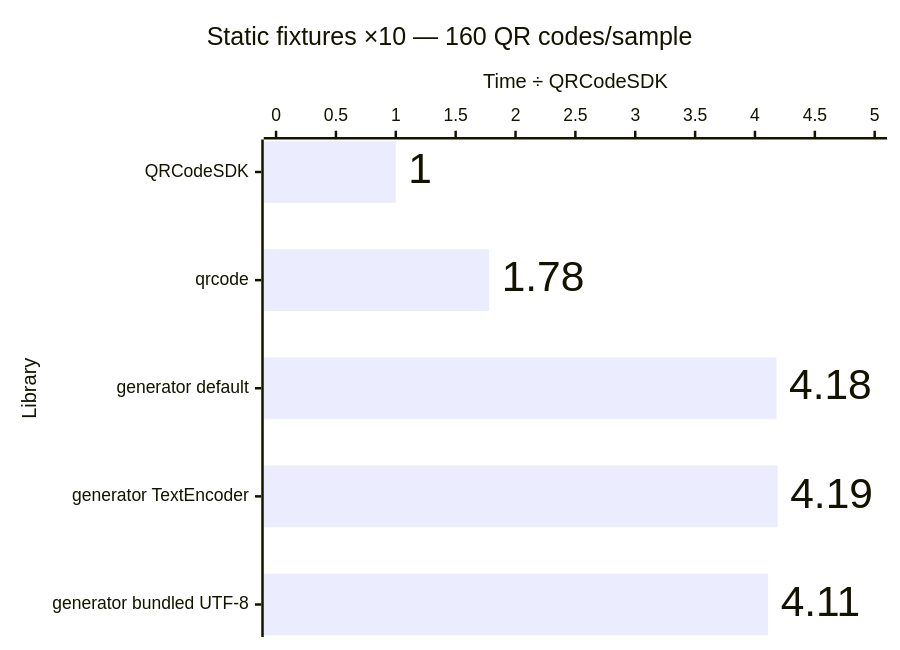
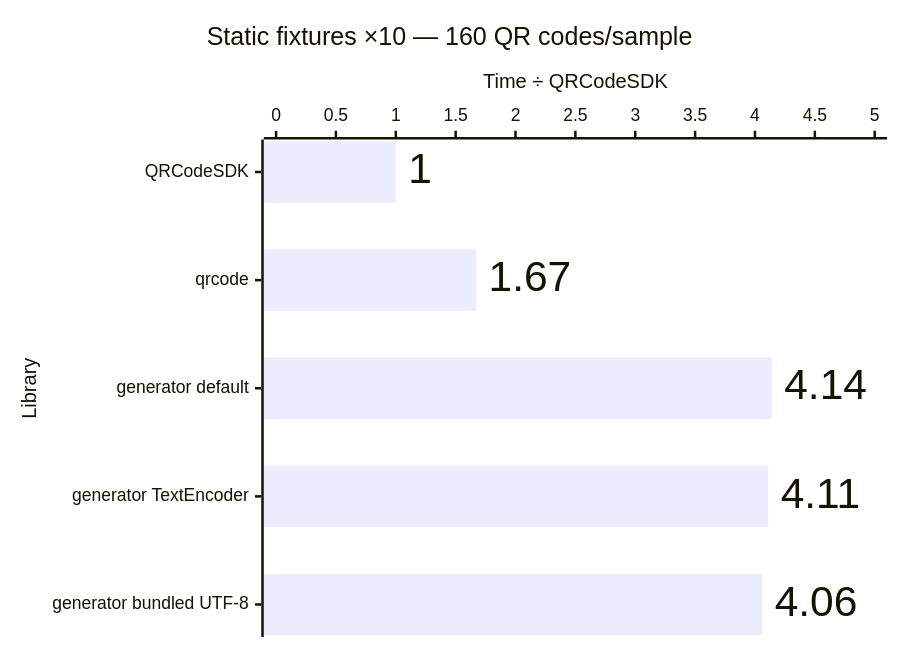
Before and after one commit to Dafnik/qrcodesdk: the third of 12 diagrams in apps/docs/src/content/docs/advanced/performance.md, drawn with Mermaid. The commit also changed other lines of this file and 12 other files, not shown here.

````diff
--- a/apps/docs/src/content/docs/advanced/performance.md
+++ b/apps/docs/src/content/docs/advanced/performance.md
@@ -57,15 +57,15 @@
 ```mermaid
 ---
 config:
   xyChart:
     showDataLabel: true
     showDataLabelOutsideBar: true
 ---
 xychart horizontal
   accTitle: Matrix generation: Static fixtures ×10 — 160 QR codes/sample
-  accDescr: Relative median time compared with QRCodeSDK. QRCodeSDK 1.00 times, qrcode 1.78 times, generator default 4.18 times, generator TextEncoder 4.19 times, generator bundled UTF-8 4.11 times. Lower is better.
+  accDescr: Relative median time compared with QRCodeSDK. QRCodeSDK 1.00 times, qrcode 1.67 times, generator default 4.14 times, generator TextEncoder 4.11 times, generator bundled UTF-8 4.06 times. Lower is better.
   title "Static fixtures ×10 — 160 QR codes/sample"
   x-axis "Library" ["QRCodeSDK", "qrcode", "generator default", "generator TextEncoder", "generator bundled UTF-8"]
   y-axis "Time ÷ QRCodeSDK" 0 --> 5.0
-  bar [1.00, 1.78, 4.18, 4.19, 4.11]
+  bar [1.00, 1.67, 4.14, 4.11, 4.06]
 ```
````
